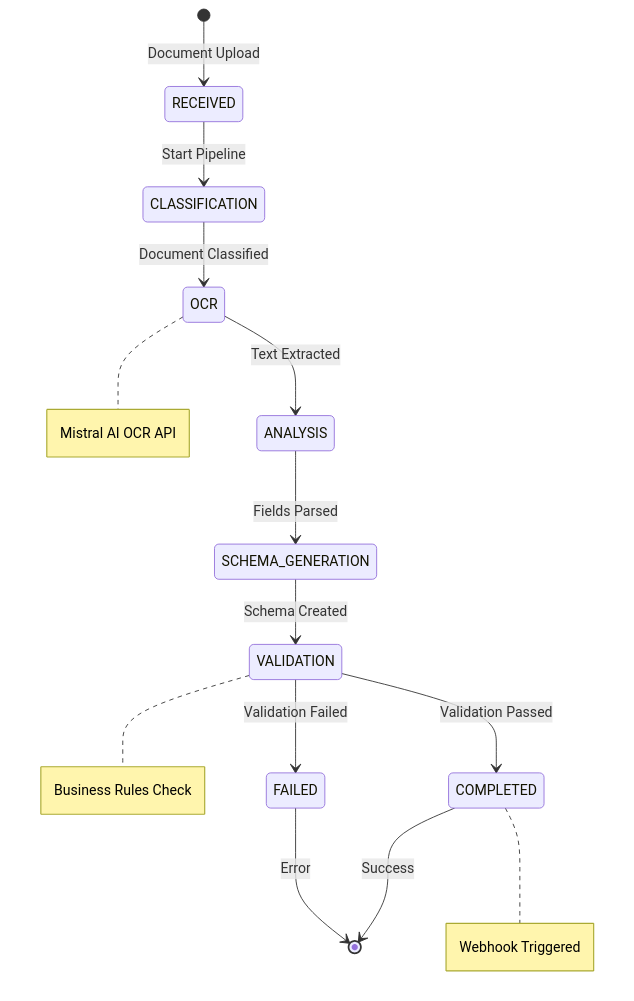
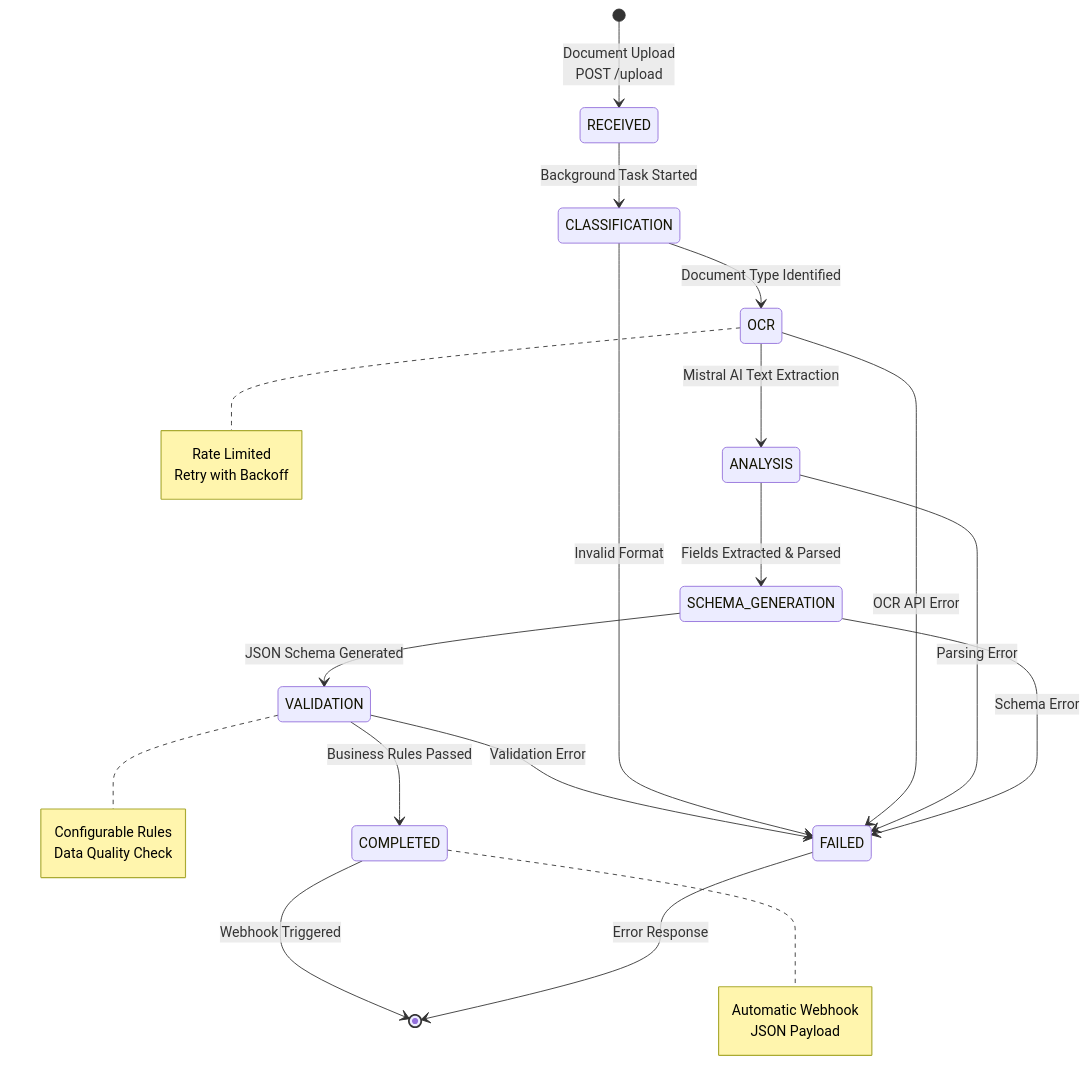
One commit to Tony363/document-ingestion-agent changed the second of 3 diagrams in README.md. Above: the diagram before and after it, drawn with Mermaid. The commit also changed other lines of this file and 2 other files, not shown here.

````diff
--- a/README.md
+++ b/README.md
@@ -86,17 +110,22 @@
 ```mermaid
 stateDiagram-v2
-    [*] --> RECEIVED: Document Upload
-    RECEIVED --> CLASSIFICATION: Start Pipeline
-    CLASSIFICATION --> OCR: Document Classified
-    OCR --> ANALYSIS: Text Extracted
-    ANALYSIS --> SCHEMA_GENERATION: Fields Parsed
-    SCHEMA_GENERATION --> VALIDATION: Schema Created
-    VALIDATION --> COMPLETED: Validation Passed
-    VALIDATION --> FAILED: Validation Failed
-    COMPLETED --> [*]: Success
-    FAILED --> [*]: Error
+    [*] --> RECEIVED: Document Upload<br/>POST /upload
+    RECEIVED --> CLASSIFICATION: Background Task Started
+    CLASSIFICATION --> OCR: Document Type Identified
+    OCR --> ANALYSIS: Mistral AI Text Extraction
+    ANALYSIS --> SCHEMA_GENERATION: Fields Extracted & Parsed
+    SCHEMA_GENERATION --> VALIDATION: JSON Schema Generated
+    VALIDATION --> COMPLETED: Business Rules Passed
+    VALIDATION --> FAILED: Validation Error
+    COMPLETED --> [*]: Webhook Triggered
+    FAILED --> [*]: Error Response
     
-    note right of OCR: Mistral AI OCR API
-    note right of VALIDATION: Business Rules Check
-    note right of COMPLETED: Webhook Triggered
+    CLASSIFICATION --> FAILED: Invalid Format
+    OCR --> FAILED: OCR API Error
+    ANALYSIS --> FAILED: Parsing Error
+    SCHEMA_GENERATION --> FAILED: Schema Error
+    
+    note right of OCR: Rate Limited<br/>Retry with Backoff
+    note right of VALIDATION: Configurable Rules<br/>Data Quality Check
+    note right of COMPLETED: Automatic Webhook<br/>JSON Payload
 ```
````
